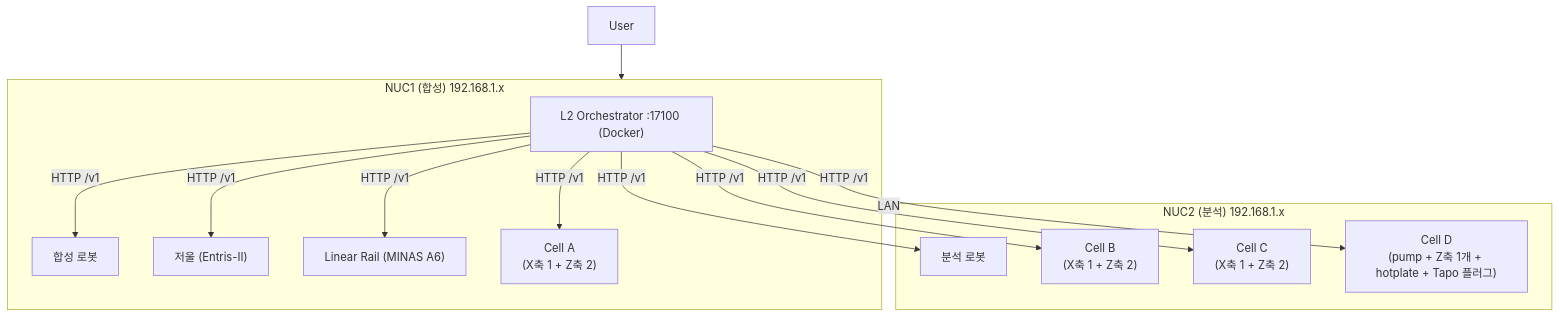
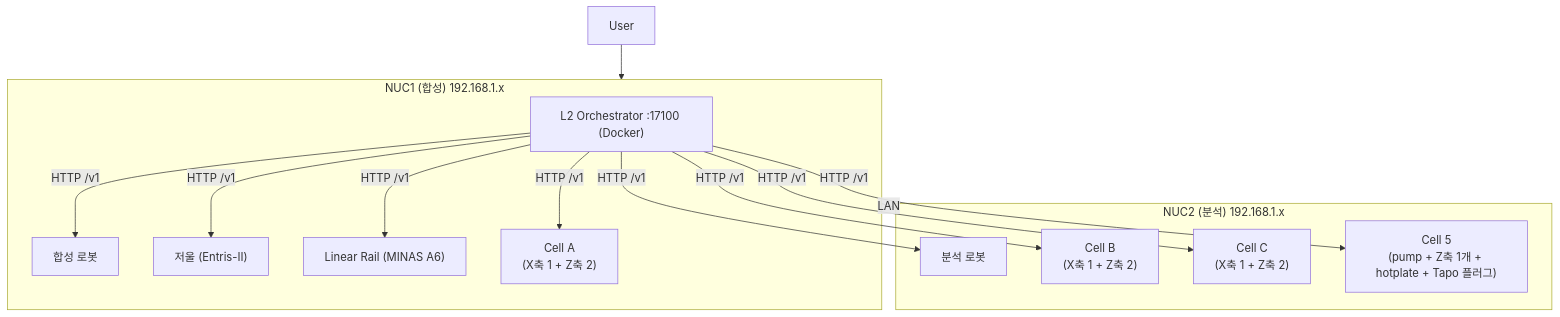
Before and after one commit to coport-uni/InnoCORESDL_Sungwoo: the first of 5 diagrams in docs/L2_ORCHESTRATOR_SPEC.md, drawn with Mermaid. The commit also changed other lines of this file and 27 other files, not shown here.

````diff
--- a/docs/L2_ORCHESTRATOR_SPEC.md
+++ b/docs/L2_ORCHESTRATOR_SPEC.md
@@ -148,29 +148,29 @@
 ```mermaid
 graph TB
     USER["User"] --> NUC1
 
     subgraph NUC1["NUC1 (합성) 192.168.1.x"]
         ORCH["L2 Orchestrator :17100 (Docker)"]
         S_ROBOT["합성 로봇"]
         S_BAL["저울 (Entris-II)"]
         S_RAIL["Linear Rail (MINAS A6)"]
         S_CA["Cell A<br/>(X축 1 + Z축 2)"]
     end
 
     subgraph NUC2["NUC2 (분석) 192.168.1.x"]
         A_ROBOT["분석 로봇"]
         A_CB["Cell B<br/>(X축 1 + Z축 2)"]
         A_CC["Cell C<br/>(X축 1 + Z축 2)"]
-        A_CD["Cell D<br/>(pump + Z축 1개 + hotplate + Tapo 플러그)"]
+        A_CD["Cell 5<br/>(pump + Z축 1개 + hotplate + Tapo 플러그)"]
     end
 
     ORCH -->|HTTP /v1| S_ROBOT
     ORCH -->|HTTP /v1| S_BAL
     ORCH -->|HTTP /v1| S_RAIL
     ORCH -->|HTTP /v1| S_CA
     ORCH -->|HTTP /v1| A_ROBOT
     ORCH -->|HTTP /v1| A_CB
     ORCH -->|HTTP /v1| A_CC
     ORCH -->|HTTP /v1| A_CD
     NUC1 ---|LAN| NUC2
 ```
````
